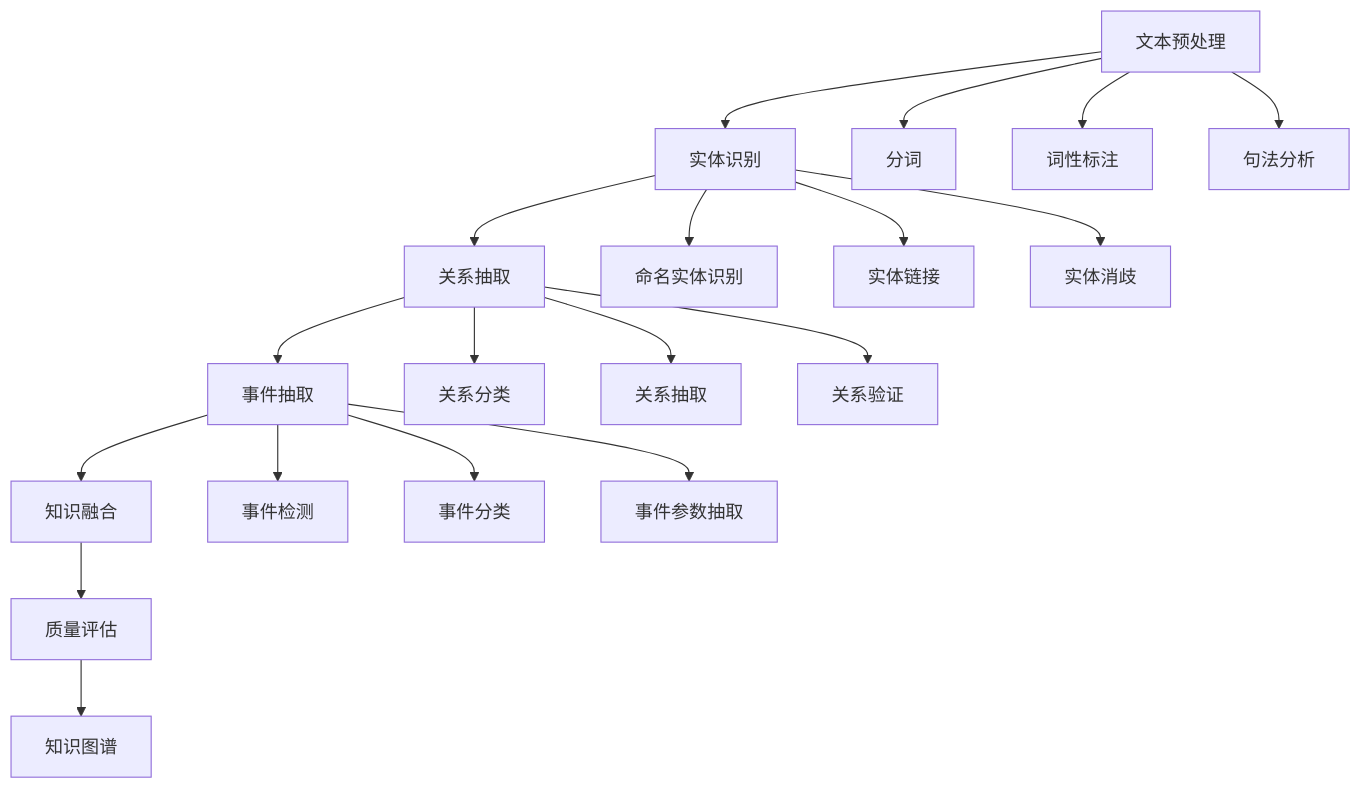
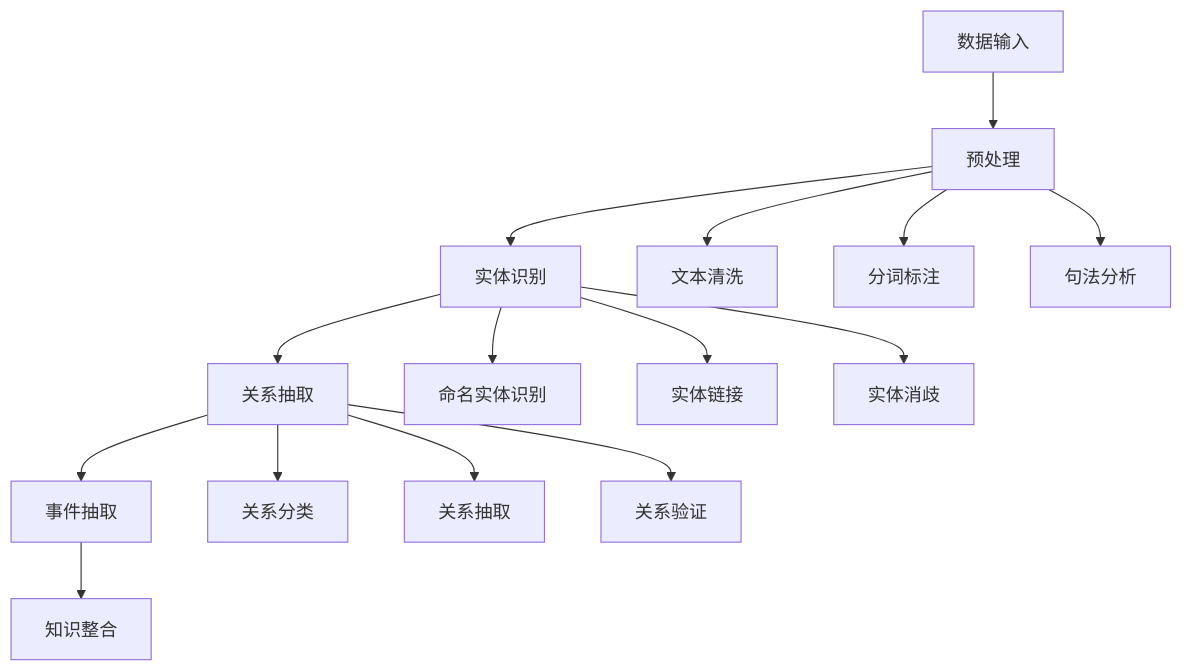
Before and after one commit to AdaMartin18010/KnowledgeGraph: the diagram in docs/05-knowledge-extraction/README.md, drawn with Mermaid. The commit also changed other lines of this file and 6 other files, not shown here.

````diff
--- a/docs/05-knowledge-extraction/README.md
+++ b/docs/05-knowledge-extraction/README.md
@@ -83,25 +84,20 @@
 ```mermaid
 graph TD
-    A[文本预处理] --> B[实体识别]
-    B --> C[关系抽取]
-    C --> D[事件抽取]
-    D --> E[知识融合]
-    E --> F[质量评估]
-    F --> G[知识图谱]
+    A[数据输入] --> B[预处理]
+    B --> C[实体识别]
+    C --> D[关系抽取]
+    D --> E[事件抽取]
+    E --> F[知识整合]
     
-    A --> A1[分词]
-    A --> A2[词性标注]
-    A --> A3[句法分析]
+    B --> B1[文本清洗]
+    B --> B2[分词标注]
+    B --> B3[句法分析]
     
-    B --> B1[命名实体识别]
-    B --> B2[实体链接]
-    B --> B3[实体消歧]
+    C --> C1[命名实体识别]
+    C --> C2[实体链接]
+    C --> C3[实体消歧]
     
-    C --> C1[关系分类]
-    C --> C2[关系抽取]
-    C --> C3[关系验证]
-    
-    D --> D1[事件检测]
-    D --> D2[事件分类]
-    D --> D3[事件参数抽取]
+    D --> D1[关系分类]
+    D --> D2[关系抽取]
+    D --> D3[关系验证]
 ```
````
